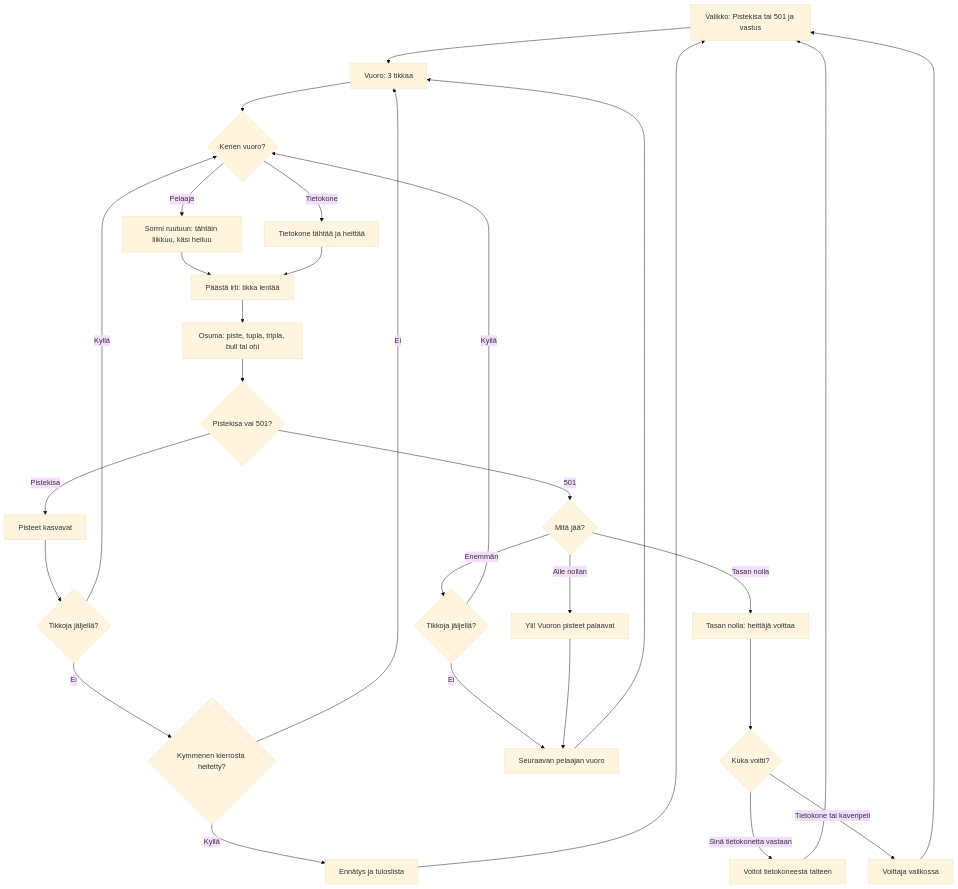
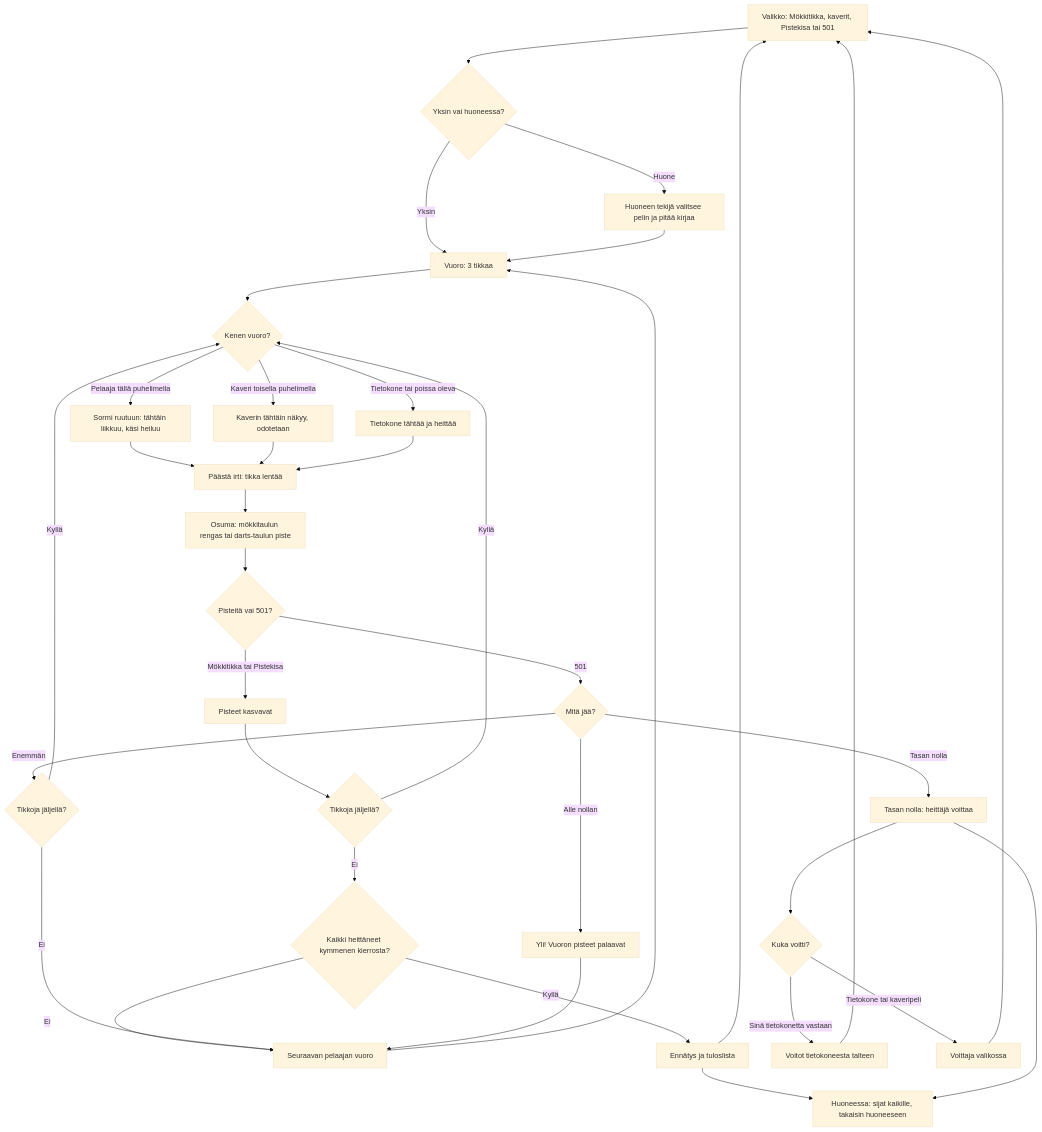
Before and after one commit to eerovil/ai-pelit: the diagram in docs/diagrams/tikanheitto.md, drawn with Mermaid (base theme). The commit also changed other lines of this file and 12 other files, not shown here.

````diff
--- a/docs/diagrams/tikanheitto.md
+++ b/docs/diagrams/tikanheitto.md
@@ -8,37 +9,44 @@
 ```mermaid
 flowchart TD
-  A[Valikko: Pistekisa tai 501 ja vastus] --> B[Vuoro: 3 tikkaa]
+  A[Valikko: Mökkitikka, kaverit, Pistekisa tai 501] --> R{Yksin vai huoneessa?}
+  R -- Yksin --> B[Vuoro: 3 tikkaa]
+  R -- Huone --> RH[Huoneen tekijä valitsee pelin ja pitää kirjaa]
+  RH --> B
   B --> C{Kenen vuoro?}
-  C -- Pelaaja --> D[Sormi ruutuun: tähtäin liikkuu, käsi heiluu]
-  C -- Tietokone --> E[Tietokone tähtää ja heittää]
+  C -- Pelaaja tällä puhelimella --> D[Sormi ruutuun: tähtäin liikkuu, käsi heiluu]
+  C -- Kaveri toisella puhelimella --> S[Kaverin tähtäin näkyy, odotetaan]
+  C -- Tietokone tai poissa oleva --> E[Tietokone tähtää ja heittää]
   D --> F[Päästä irti: tikka lentää]
+  S --> F
   E --> F
-  F --> G[Osuma: piste, tupla, tripla, bull tai ohi]
-  G --> H{Pistekisa vai 501?}
-  H -- Pistekisa --> I[Pisteet kasvavat]
+  F --> G[Osuma: mökkitaulun rengas tai darts-taulun piste]
+  G --> H{Pisteitä vai 501?}
+  H -- Mökkitikka tai Pistekisa --> I[Pisteet kasvavat]
   I --> M{Tikkoja jäljellä?}
   M -- Kyllä --> C
-  M -- Ei --> N{Kymmenen kierrosta heitetty?}
-  N -- Ei --> B
+  M -- Ei --> N{Kaikki heittäneet kymmenen kierrosta?}
+  N -- Ei --> V[Seuraavan pelaajan vuoro]
   N -- Kyllä --> O[Ennätys ja tuloslista]
   H -- 501 --> J{Mitä jää?}
   J -- Alle nollan --> K[Yli! Vuoron pisteet palaavat]
   J -- Enemmän --> Q{Tikkoja jäljellä?}
   Q -- Kyllä --> C
-  Q -- Ei --> V[Seuraavan pelaajan vuoro]
+  Q -- Ei --> V
   K --> V
   V --> B
   J -- Tasan nolla --> L[Tasan nolla: heittäjä voittaa]
   L --> W{Kuka voitti?}
   W -- Sinä tietokonetta vastaan --> P[Voitot tietokoneesta talteen]
   W -- Tietokone tai kaveripeli --> X[Voittaja valikossa]
   O --> A
   P --> A
   X --> A
+  O --> T[Huoneessa: sijat kaikille, takaisin huoneeseen]
+  L --> T
   class A,B,D,F,V blue
-  class E violet
-  class C,H,J,M,N,Q,W amber
-  class G,I teal
+  class E,S violet
+  class R,C,H,J,M,N,Q,W amber
+  class G,I,RH teal
   class K rose
-  class L,O,P,X green
+  class L,O,P,X,T green
 ```
````
